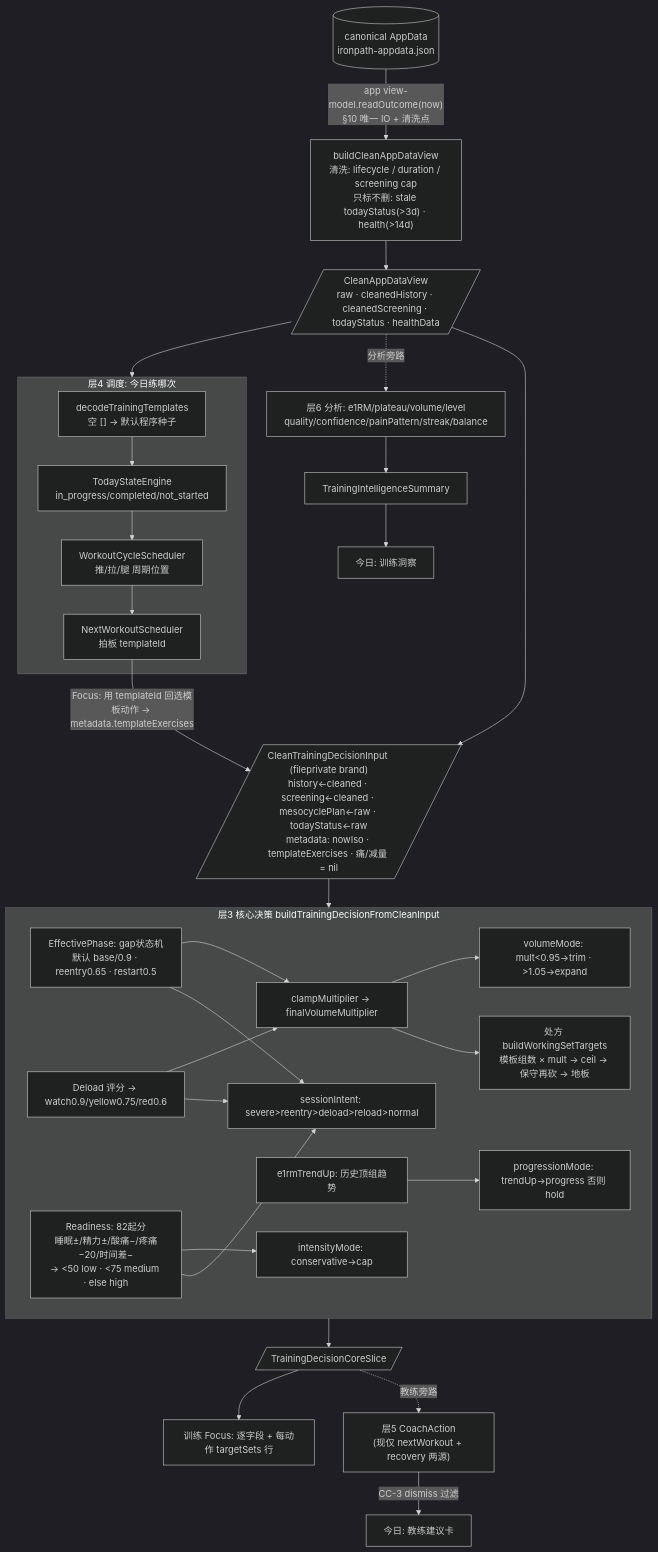
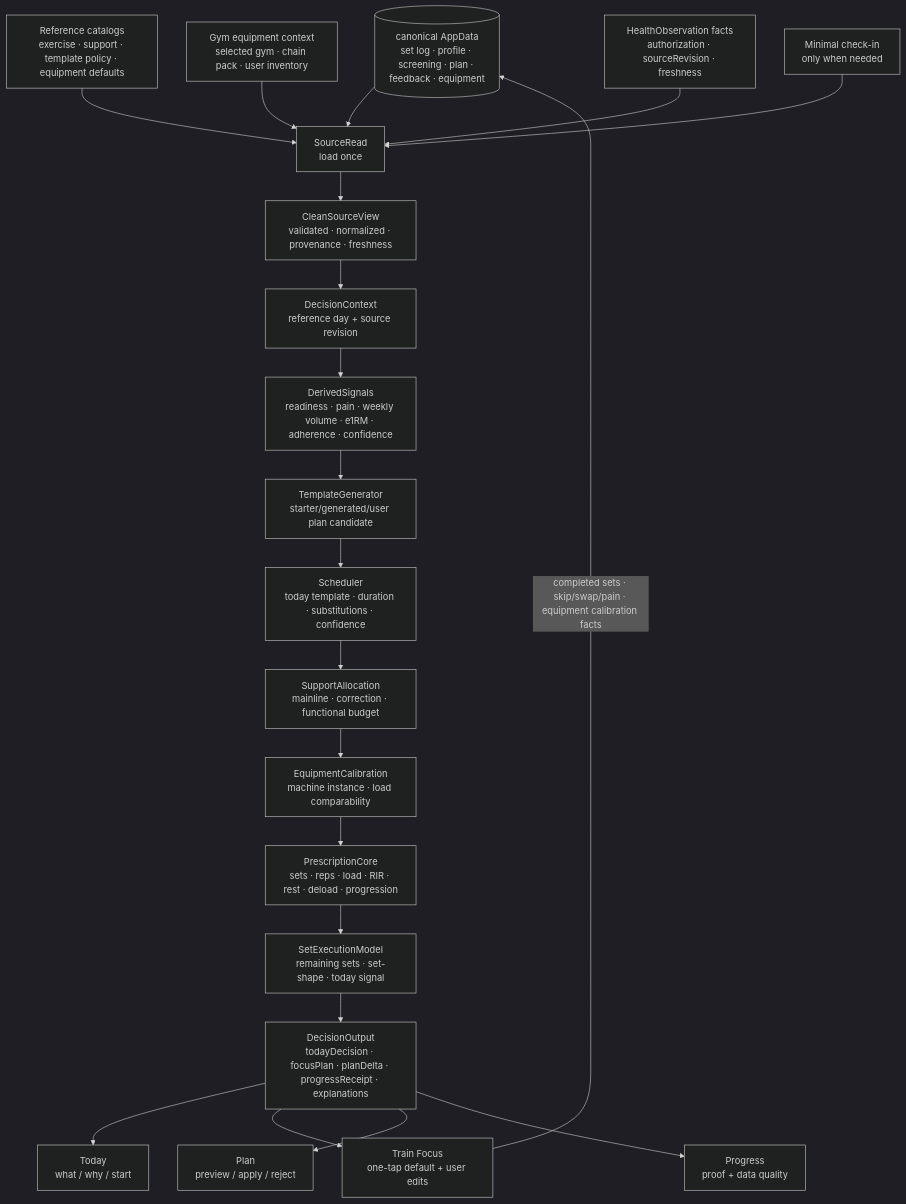
Before and after one commit to TinSB/fitness-app: the diagram in docs/IRONPATH_iOS_SYSTEM_LOGIC.md, drawn with Mermaid (dark theme). The commit also changed other lines of this file and 8 other files, not shown here.

````diff
--- a/docs/IRONPATH_iOS_SYSTEM_LOGIC.md
+++ b/docs/IRONPATH_iOS_SYSTEM_LOGIC.md
@@ -143,40 +286,28 @@
 ```mermaid
 flowchart TD
-    Disk[("canonical AppData<br/>ironpath-appdata.json")]
-    Disk -->|"app view-model.readOutcome(now)<br/>§10 唯一 IO + 清洗点"| Clean
-    Clean["buildCleanAppDataView<br/>清洗: lifecycle / duration / screening cap<br/>只标不删: stale todayStatus(>3d) · health(>14d)"]
-    Clean --> CV[/"CleanAppDataView<br/>raw · cleanedHistory · cleanedScreening · todayStatus · healthData"/]
-
-    CV --> SCHED
-    subgraph SCHED["层4 调度: 今日练哪次"]
-      DT["decodeTrainingTemplates<br/>空 [] → 默认程序种子"] --> TS["TodayStateEngine<br/>in_progress/completed/not_started"]
-      TS --> WC["WorkoutCycleScheduler<br/>推/拉/腿 周期位置"]
-      WC --> NW["NextWorkoutScheduler<br/>拍板 templateId"]
-    end
-    NW -->|"Focus: 用 templateId 回选模板动作 → metadata.templateExercises"| INP
-
-    CV --> INP[/"CleanTrainingDecisionInput (fileprivate brand)<br/>history←cleaned · screening←cleaned · mesocyclePlan←raw · todayStatus←raw<br/>metadata: nowIso · templateExercises · 痛/减量 = nil"/]
-    INP --> CORE
-    subgraph CORE["层3 核心决策 buildTrainingDecisionFromCleanInput"]
-      PH["EffectivePhase: gap状态机<br/>默认 base/0.9 · reentry0.65 · restart0.5"]
-      RE["Readiness: 82起分<br/>睡眠±/精力±/酸痛−/疼痛−20/时间差−<br/>→ <50 low · <75 medium · else high"]
-      ET["e1rmTrendUp: 历史顶组趋势"]
-      DL["Deload 评分 → watch0.9/yellow0.75/red0.6"]
-      PH --> CL["clampMultiplier → finalVolumeMultiplier"]
-      DL --> CL
-      CL --> VM["volumeMode: mult<0.95→trim · >1.05→expand"]
-      RE --> IM["intensityMode: conservative→cap"]
-      ET --> PM["progressionMode: trendUp→progress 否则 hold"]
-      PH --> SI["sessionIntent: severe>reentry>deload>reload>normal"]
-      RE --> SI
-      DL --> SI
-      CL --> RX["处方 buildWorkingSetTargets<br/>模板组数 × mult → ceil → 保守再砍 → 地板"]
-    end
-    CORE --> SLICE[/"TrainingDecisionCoreSlice"/]
-    SLICE --> FOCUS["训练 Focus: 逐字段 + 每动作 targetSets 行"]
-
-    CV -. "分析旁路" .-> AN["层6 分析: e1RM/plateau/volume/level<br/>quality/confidence/painPattern/streak/balance"]
-    AN --> INTEL["TrainingIntelligenceSummary"] --> TODAYUI["今日: 训练洞察"]
-    SLICE -. "教练旁路" .-> CA["层5 CoachAction<br/>(现仅 nextWorkout + recovery 两源)"]
-    CA -->|"CC-3 dismiss 过滤"| TODAYUI2["今日: 教练建议卡"]
+    CAN[("canonical AppData<br/>set log · profile · screening · plan · feedback · equipment")]
+    CAT["Reference catalogs<br/>exercise · support · template policy · equipment defaults"]
+    GYM["Gym equipment context<br/>selected gym · chain pack · user inventory"]
+    HOBS["HealthObservation facts<br/>authorization · sourceRevision · freshness"]
+    CI["Minimal check-in<br/>only when needed"]
+    CAN --> SR["SourceRead<br/>load once"]
+    CAT --> SR
+    GYM --> SR
+    HOBS --> SR
+    CI --> SR
+    SR --> CLEAN["CleanSourceView<br/>validated · normalized · provenance · freshness"]
+    CLEAN --> CTX["DecisionContext<br/>reference day + source revision"]
+    CTX --> SIG["DerivedSignals<br/>readiness · pain · weekly volume · e1RM · adherence · confidence"]
+    SIG --> GEN["TemplateGenerator<br/>starter/generated/user plan candidate"]
+    GEN --> SCH["Scheduler<br/>today template · duration · substitutions · confidence"]
+    SCH --> ALLOC["SupportAllocation<br/>mainline · correction · functional budget"]
+    ALLOC --> CAL["EquipmentCalibration<br/>machine instance · load comparability"]
+    CAL --> CORE["PrescriptionCore<br/>sets · reps · load · RIR · rest · deload · progression"]
+    CORE --> SETEXEC["SetExecutionModel<br/>remaining sets · set-shape · today signal"]
+    SETEXEC --> OUT["DecisionOutput<br/>todayDecision · focusPlan · planDelta · progressReceipt · explanations"]
+    OUT --> TODAY["Today<br/>what / why / start"]
+    OUT --> FOCUS["Train Focus<br/>one-tap default + user edits"]
+    OUT --> PLAN["Plan<br/>preview / apply / reject"]
+    OUT --> PROG["Progress<br/>proof + data quality"]
+    FOCUS -->|"completed sets · skip/swap/pain · equipment calibration facts"| CAN
 ```
````
